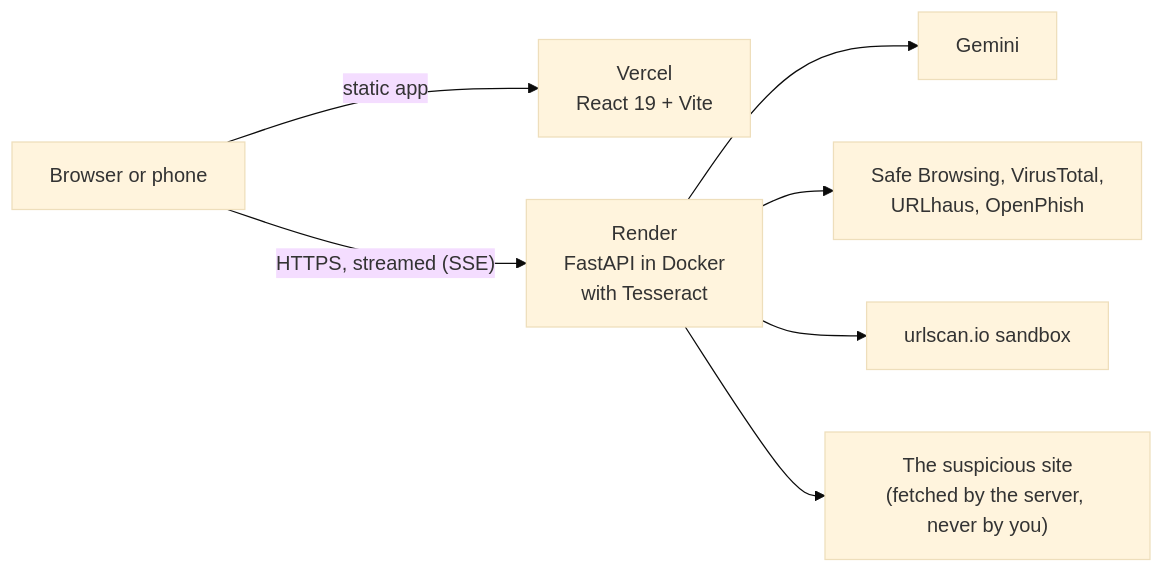
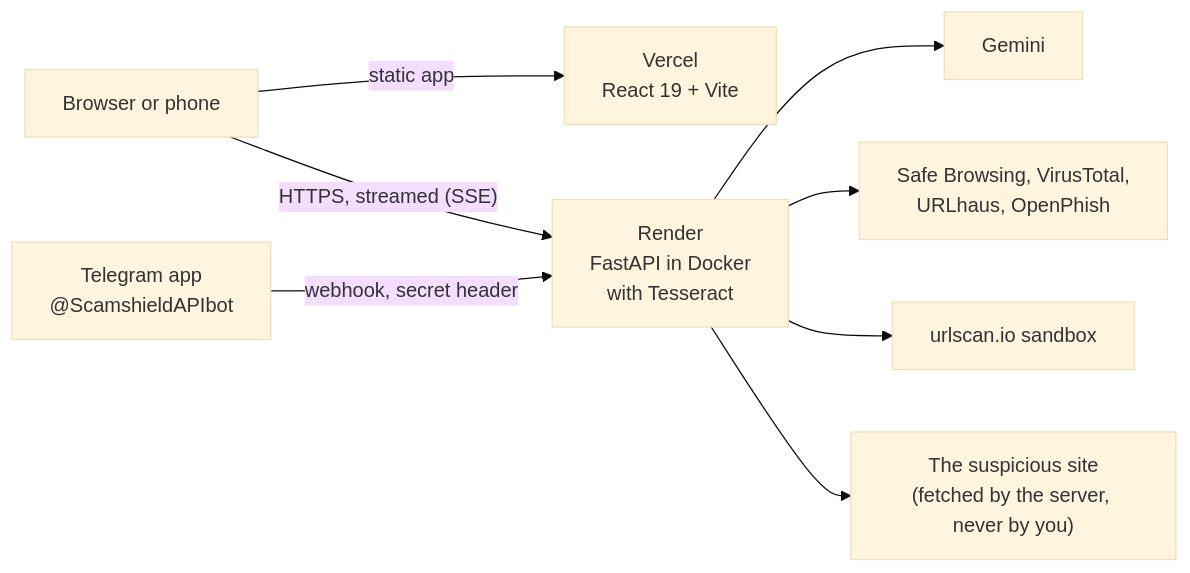
One commit to shailkamtikar/scamshield changed the fourth of 4 diagrams in README.md. Above: the diagram before and after it, drawn with Mermaid (base theme). The commit also changed other lines of this file and 1 other file, not shown here.

Commit message:
docs: Telegram bot confirmed working in private chat and group; add Telegram to the workflow and deployment diagrams

````diff
--- a/README.md
+++ b/README.md
@@ -188,9 +190,10 @@
 ```mermaid
 flowchart LR
     Br["Browser or phone"] -- "static app" --> Ve["Vercel<br/>React 19 + Vite"]
     Br -- "HTTPS, streamed (SSE)" --> Re["Render<br/>FastAPI in Docker<br/>with Tesseract"]
+    Tg["Telegram app<br/>@ScamshieldAPIbot"] -- "webhook, secret header" --> Re
     Re --> Ge["Gemini"]
     Re --> Th["Safe Browsing, VirusTotal,<br/>URLhaus, OpenPhish"]
     Re --> Us["urlscan.io sandbox"]
     Re --> W["The suspicious site<br/>(fetched by the server, never by you)"]
 ```
````
